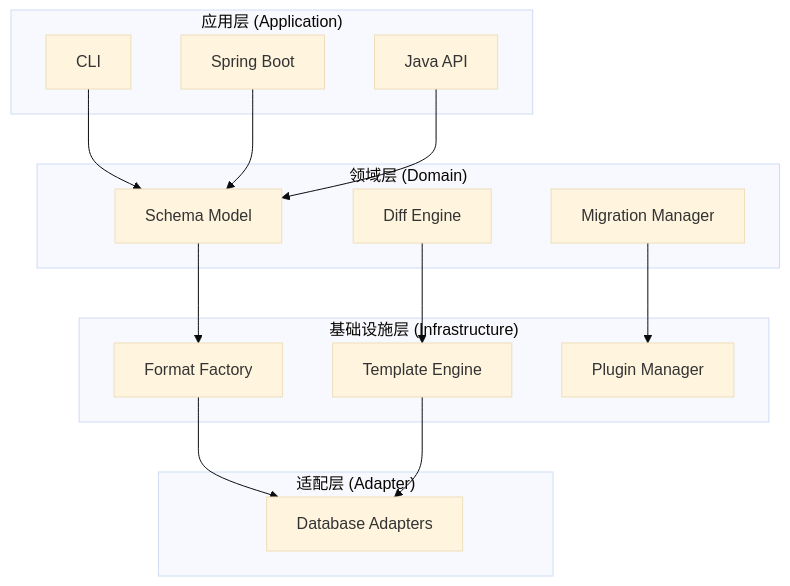
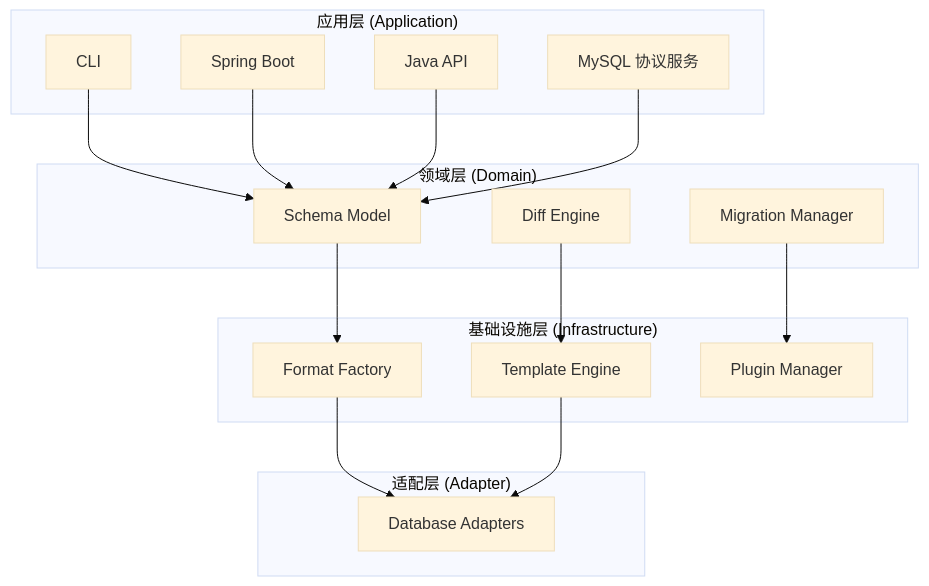
The diagram in docs/guide/design-philosophy.md (windli2018/justdb-docs-internal), drawn with Mermaid (base theme) before and after one commit. The commit also changed other lines of this file and 147 other files, not shown here.

````diff
--- a/docs/guide/design-philosophy.md
+++ b/docs/guide/design-philosophy.md
@@ -257,33 +471,35 @@
 ```mermaid
 graph TB
     subgraph "应用层 (Application)"
         A1[CLI]
         A2[Spring Boot]
         A3[Java API]
+        A4[MySQL 协议服务]
     end
 
     subgraph "领域层 (Domain)"
         B1[Schema Model]
         B2[Diff Engine]
         B3[Migration Manager]
     end
 
     subgraph "基础设施层 (Infrastructure)"
         C1[Format Factory]
         C2[Template Engine]
         C3[Plugin Manager]
     end
 
     subgraph "适配层 (Adapter)"
         D1[Database Adapters]
     end
 
     A1 --> B1
     A2 --> B1
     A3 --> B1
+    A4 --> B1
     B1 --> C1
     B2 --> C2
     B3 --> C3
     C1 --> D1
     C2 --> D1
 ```
````
